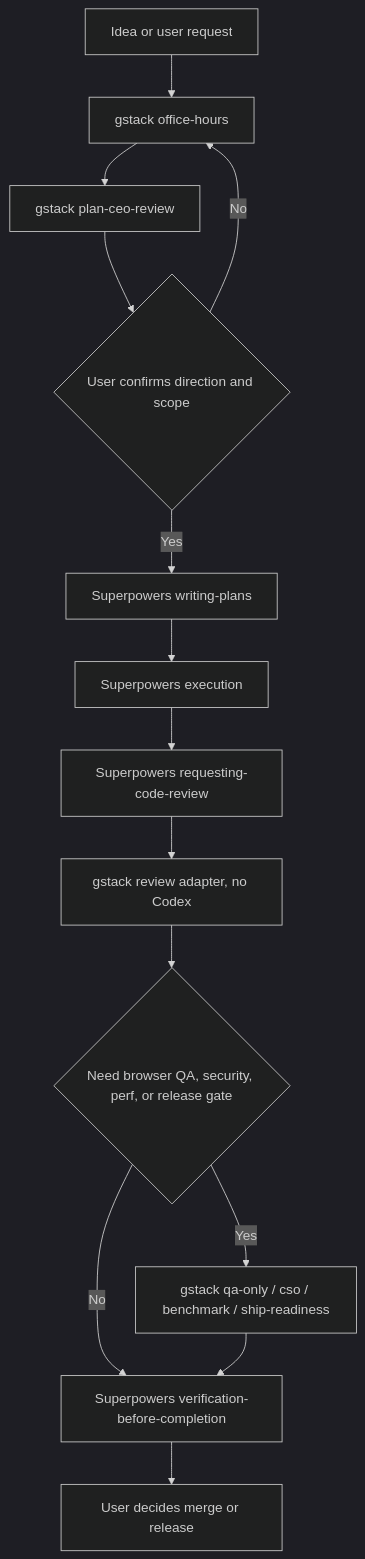
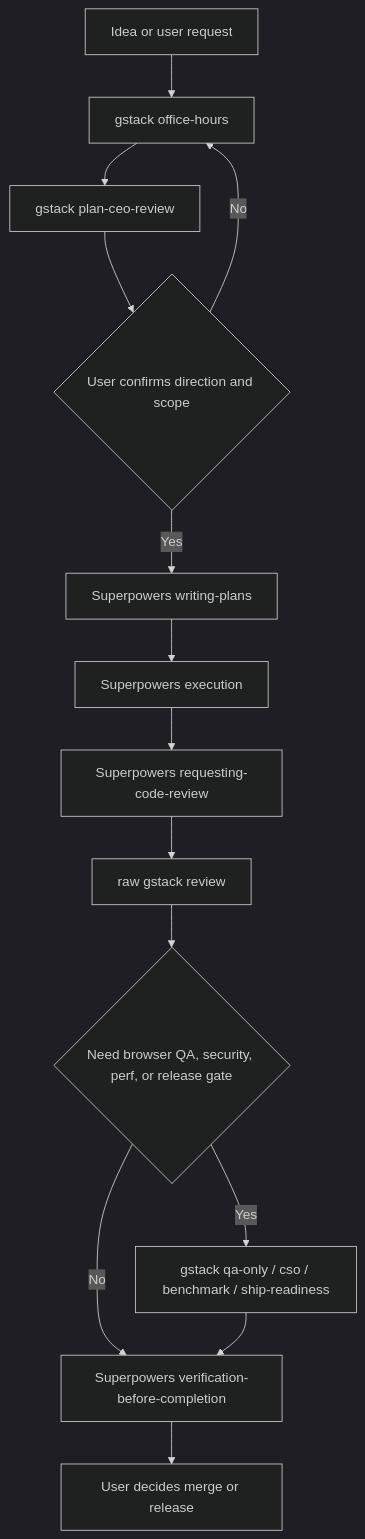
One commit to FrankQDWang/gstack-superpowers changed the first of 4 diagrams in docs/superpowers/specs/2026-05-11-curated-gstack-superpowers-workflow.md. Above: the diagram before and after it, drawn with Mermaid (dark theme). The commit also changed other lines of this file and 19 other files, not shown here.

Commit message:
Use raw gstack review in fw-review

````diff
--- a/docs/superpowers/specs/2026-05-11-curated-gstack-superpowers-workflow.md
+++ b/docs/superpowers/specs/2026-05-11-curated-gstack-superpowers-workflow.md
@@ -29,16 +29,16 @@
 ```mermaid
 flowchart TD
   A["Idea or user request"] --> B["gstack office-hours"]
   B --> C["gstack plan-ceo-review"]
   C --> D{"User confirms direction and scope"}
   D -- "No" --> B
   D -- "Yes" --> E["Superpowers writing-plans"]
   E --> F["Superpowers execution"]
   F --> G["Superpowers requesting-code-review"]
-  G --> H["gstack review adapter, no Codex"]
+  G --> H["raw gstack review"]
   H --> I{"Need browser QA, security, perf, or release gate"}
   I -- "Yes" --> J["gstack qa-only / cso / benchmark / ship-readiness"]
   I -- "No" --> K["Superpowers verification-before-completion"]
   J --> K
   K --> L["User decides merge or release"]
 ```
````
